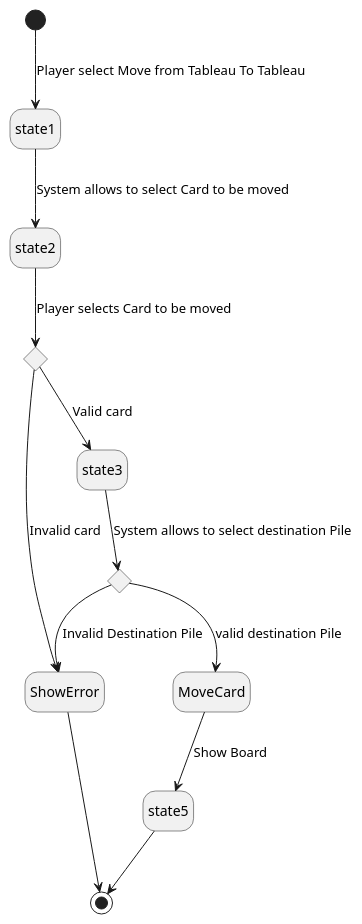
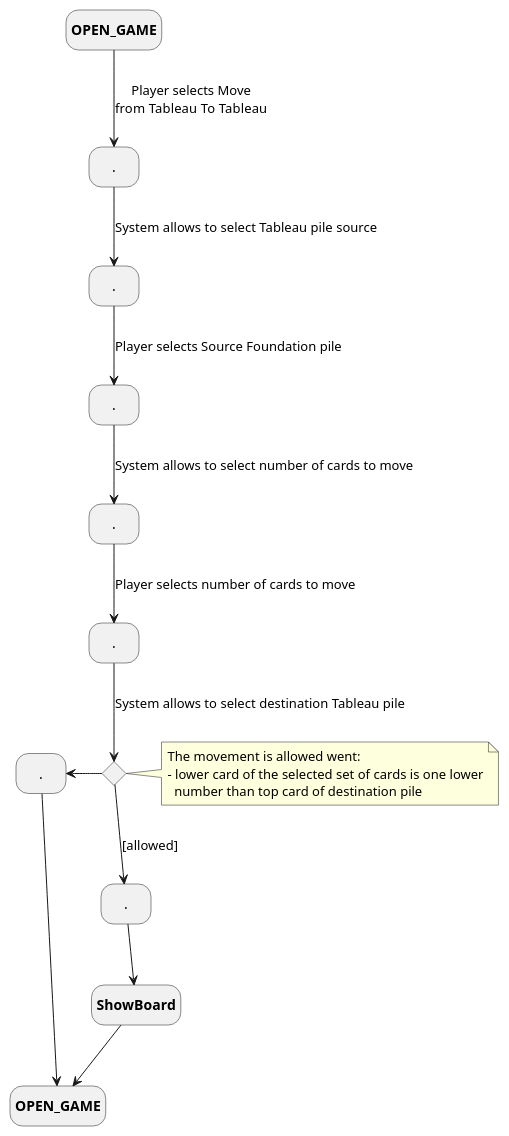
Before and after one commit to Troteaga/klondike: the diagram in docs/Diagrams/UseCases/MoveFromTableauToTableau.plantuml, drawn with PlantUML. The commit also changed 6 other files, not shown here.

```diff
--- a/docs/Diagrams/UseCases/MoveFromTableauToTableau.plantuml
+++ b/docs/Diagrams/UseCases/MoveFromTableauToTableau.plantuml
@@ -1,20 +1,39 @@
-@startuml UC_MoveFromTableauToTableau
+@startuml Player Moves Card From Tableau to Tableau
+hide empty description 
+skinparam linetype polyline
 
-hide empty description
+state "**OPEN_GAME**" as OPEN_GAME_INITIAL
+state "**OPEN_GAME**" as OPEN_GAME_FINAL
 
-state c <<choice>>
-state d <<choice>>
+state "**ShowBoard**" as ShowBoard
+state c <<choice>> 
 
-[*] --> state1 : Player select Move from Tableau To Tableau
-state1 --> state2 : System allows to select Card to be moved
-state2 --> c : Player selects Card to be moved
-c --> ShowError : Invalid card
-c --> state3 : Valid card
-state3 --> d : System allows to select destination Pile
-d --> ShowError : Invalid Destination Pile
-ShowError --> [*]
-d --> MoveCard : valid destination Pile
-MoveCard --> state5 : Show Board
-state5 --> [*]
+note right of c
+  The movement is allowed went:
+  - lower card of the selected set of cards is one lower
+    number than top card of destination pile
+end note
+
+state "." as A
+state "." as B
+state "." as C
+state "." as D
+state "." as E
+state "." as F
+state "." as G
+
+OPEN_GAME_INITIAL -down-> A : Player selects Move\nfrom Tableau To Tableau
+A -down-> B : System allows to select Tableau pile source
+B -down-> C : Player selects Source Foundation pile
+C -down-> D : System allows to select number of cards to move
+D -down-> E : Player selects number of cards to move
+E -down-> c : System allows to select destination Tableau pile
+c -down-> F : [allowed]
+F -down-> ShowBoard
+
+c -left-> G 
+G --> OPEN_GAME_FINAL
+
+ShowBoard -down-> OPEN_GAME_FINAL
 
 @enduml
```
